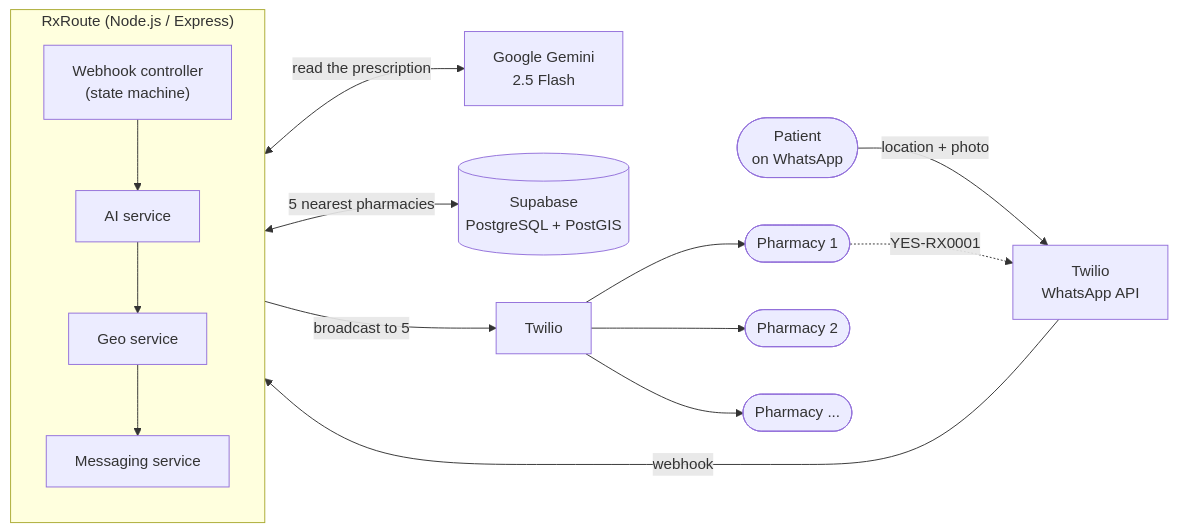
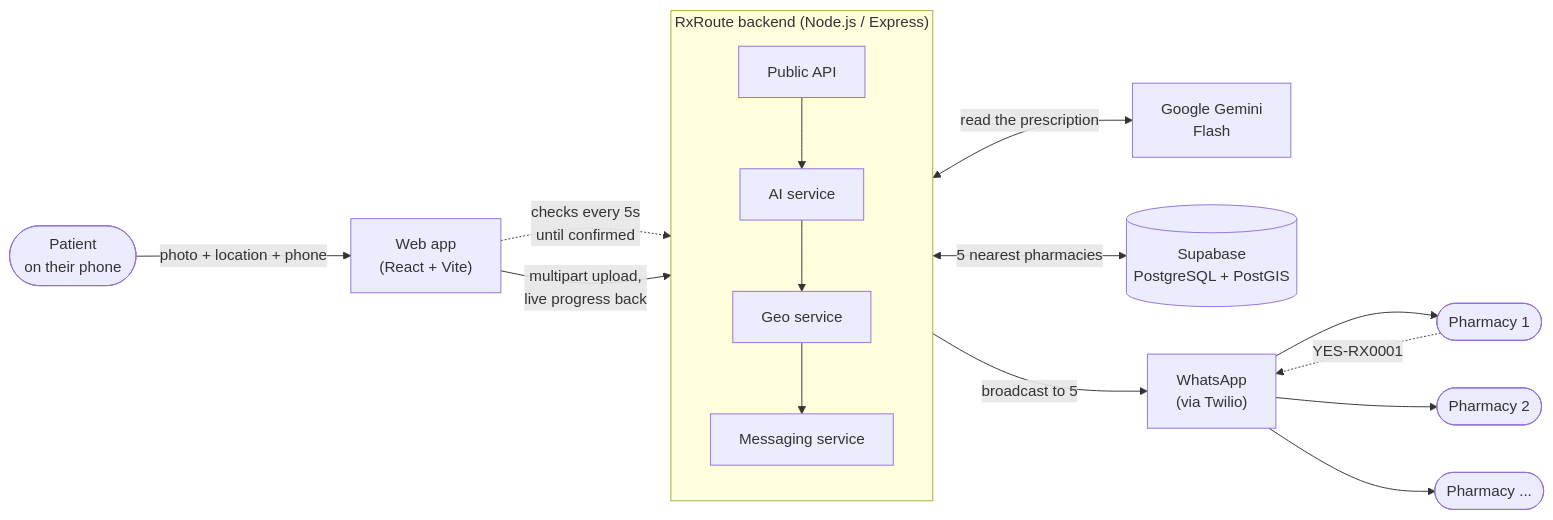
The first of 2 diagrams in README.md (Susan-hue/RxRoute), drawn with Mermaid before and after one commit. The commit also changed other lines of this file and 55 other files, not shown here.

First line of the commit message:
Add React web app for patients and move server into backend/

````diff
--- a/README.md
+++ b/README.md
@@ -28,21 +29,21 @@
 ```mermaid
 flowchart LR
-    P(["Patient<br/>on WhatsApp"]) -- "location + photo" --> T["Twilio<br/>WhatsApp API"]
+    P(["Patient<br/>on their phone"]) -- "photo + location + phone" --> WEB["Web app<br/>(React + Vite)"]
+    WEB -- "multipart upload,<br/>live progress back" --> API
 
-    subgraph API ["RxRoute (Node.js / Express)"]
+    subgraph API ["RxRoute backend (Node.js / Express)"]
         direction TB
-        W["Webhook controller<br/>(state machine)"]
+        PUB["Public API"]
         AI["AI service"]
         GEO["Geo service"]
         MSG["Messaging service"]
-        W --> AI --> GEO --> MSG
+        PUB --> AI --> GEO --> MSG
     end
 
-    T -- "webhook" --> W
-
-    AI <-- "read the prescription" --> G["Google Gemini<br/>2.5 Flash"]
+    AI <-- "read the prescription" --> G["Google Gemini<br/>Flash"]
     GEO <-- "5 nearest pharmacies" --> DB[("Supabase<br/>PostgreSQL + PostGIS")]
-    MSG -- "broadcast to 5" --> T2["Twilio"]
-    T2 --> PH1(["Pharmacy 1"]) & PH2(["Pharmacy 2"]) & PH3(["Pharmacy ..."])
+    MSG -- "broadcast to 5" --> T["WhatsApp<br/>(via Twilio)"]
+    T --> PH1(["Pharmacy 1"]) & PH2(["Pharmacy 2"]) & PH3(["Pharmacy ..."])
     PH1 -. "YES-RX0001" .-> T
+    WEB -. "checks every 5s<br/>until confirmed" .-> PUB
 ```
````
